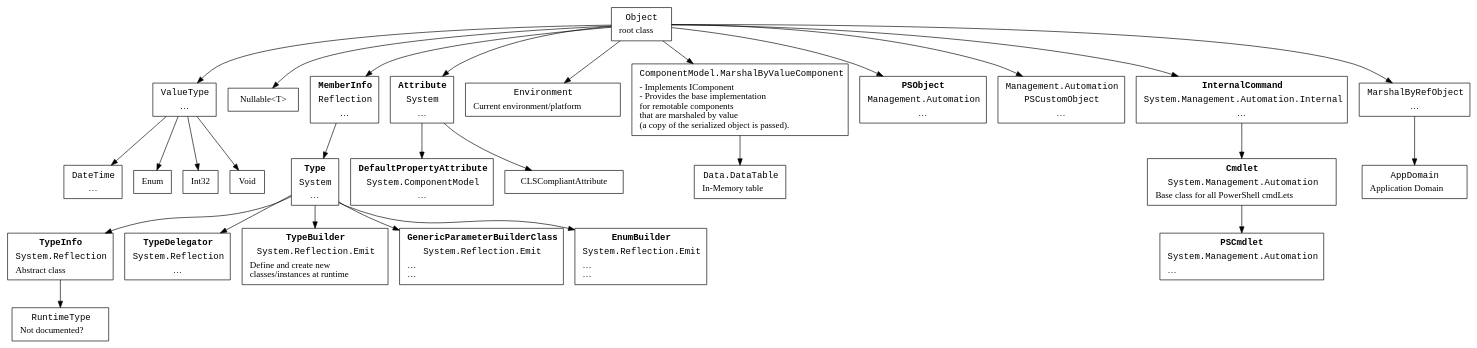
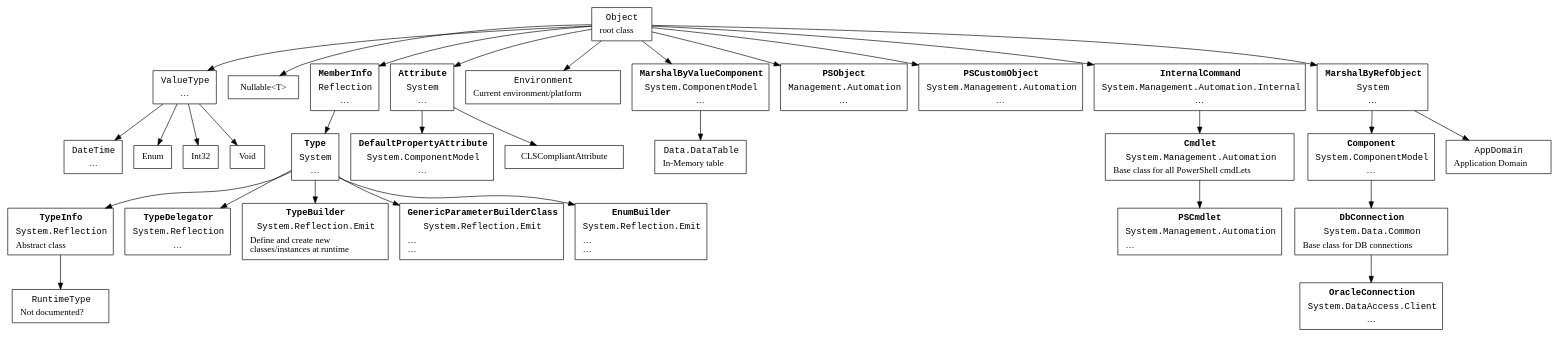
The diagram in namespaces/hierarchy.dot (ReneNyffenegger/temp-dotNet), drawn with Graphviz before and after one commit.

```diff
--- a/namespaces/hierarchy.dot
+++ b/namespaces/hierarchy.dot
@@ -1,156 +1,188 @@
 digraph hierarchy {
 
     node [ shape=box ]
    
     System_Object[ label=< <table border="0"><tr><td align="text"><font face="Courier">Object</font></td></tr><tr><td align="text">root class<br align="left"/></td></tr></table> > ];
 
 
     System_ValueType [ label=< <table border="0"><tr><td align="text"><font face="Courier">ValueType</font></td></tr><tr><td>…</td></tr></table> > ];
     System_DateTime [ label=< <table border="0"><tr><td align="text"><font face="Courier">DateTime</font></td></tr><tr><td>…</td></tr></table> > ];
 
     System_Enum [ label = "Enum" ];
 
     System_Int32 [ label = "Int32" ];
 
     System_Void [ label = "Void" ];
 
     System_Nullable [ label = "Nullable<T>" ];
 
 //  System_Reflection_Memberinfo [ label = "Reflection.MemberInfo" ];
 
     System_Reflection_Memberinfo [ label=< <table border="0">
        <tr><td align="text"><font face="Courier"><b>MemberInfo</b></font></td></tr>
        <tr><td align="text"><font face="Courier">Reflection</font></td></tr>
        <tr><td>…</td></tr></table> > ];
 
     System_Reflection_TypeInfo [ label=< <table border="0">
        <tr><td align="text"><font face="Courier"><b>TypeInfo</b></font></td></tr>
        <tr><td><font face="Courier">System.Reflection</font></td></tr>
        <tr><td align="text">Abstract class<br align="left"/></td></tr></table> > ];
 
     System_Reflection_TypeDelegator [ label=< <table border="0">
        <tr><td align="text"><font face="Courier"><b>TypeDelegator</b></font></td></tr>
        <tr><td align="text"><font face="Courier">System.Reflection</font></td></tr>
        <tr><td>…</td></tr></table> > ];
 
     System_Reflection_Emit_TypeBuilder [ label=< <table border="0">
        <tr><td align="text"><font face="Courier"><b>TypeBuilder</b></font></td></tr>
        <tr><td align="text"><font face="Courier">System.Reflection.Emit</font></td></tr>
        <tr><td align="text">Define and create new<br align="left"/>classes/instances at runtime<br align="left"/></td></tr>
     </table> > ];
 
     System_Reflection_Emit_GenericTypeParameterBuilderClass [ label=< <table border="0">
        <tr><td align="text"><font face="Courier"><b>GenericParameterBuilderClass</b></font></td></tr>
        <tr><td align="text"><font face="Courier">System.Reflection.Emit</font></td></tr>
        <tr><td align="text">…<br align="left"/>…<br align="left"/></td></tr>
     </table> > ];
 
     System_Reflection_Emit_EnumBuilder [ label=< <table border="0">
        <tr><td align="text"><font face="Courier"><b>EnumBuilder</b></font></td></tr>
        <tr><td align="text"><font face="Courier">System.Reflection.Emit</font></td></tr>
        <tr><td align="text">…<br align="left"/>…<br align="left"/></td></tr>
     </table> > ];
 
     System_Type [ label=< <table border="0">
        <tr><td align="text"><font face="Courier"><b>Type</b></font></td></tr>
        <tr><td align="text"><font face="Courier">System</font></td></tr>
        <tr><td>…</td></tr></table> > ];
 
     System_Type -> System_Reflection_TypeInfo;
     System_Type -> System_Reflection_TypeDelegator;
     System_Type -> System_Reflection_Emit_TypeBuilder;
     System_Type -> System_Reflection_Emit_GenericTypeParameterBuilderClass;
     System_Type -> System_Reflection_Emit_EnumBuilder;
 
     System_Object -> System_ValueType;
 
     System_Object -> System_Nullable;
 
 //  System_Attribute [ label=< <table border="0"><tr><td align="text"><font face="Courier">System.Attribute</font></td></tr><tr><td>…</td></tr></table> > ];
     System_Attribute [ label=< <table border="0">
        <tr><td align="text"><font face="Courier"><b>Attribute</b></font></td></tr>
        <tr><td align="text"><font face="Courier">System</font></td></tr>
        <tr><td>…</td></tr></table> > ];
 
 //  System_DefaultPropertyAttribute [ label=< <table border="0"><tr><td align="text"><font face="Courier">ComponentModel.DefaultPropertyAttribute</font></td></tr><tr><td>…</td></tr></table> > ];
     System_DefaultPropertyAttribute [ label=< <table border="0">
        <tr><td align="text"><font face="Courier"><b>DefaultPropertyAttribute</b></font></td></tr>
        <tr><td align="text"><font face="Courier">System.ComponentModel</font></td></tr>
        <tr><td>…</td></tr></table> > ];
 
     System_Environment [ label=< <table border="0"><tr><td align="text"><font face="Courier">Environment</font></td></tr><tr><td>Current environment/platform</td></tr></table> > ];
 
     System_Data_DataTable[ label=< <table border="0"><tr><td align="text"><font face="Courier">Data.DataTable</font></td></tr><tr><td align="text">In-Memory table<br align="left"/></td></tr></table> > ];
 
     System_ComponentModel_MarshalByValueComponent-> System_Data_DataTable;
 
     System_Management_Automation_PSObject [ label=< <table border="0">
        <tr><td align="text"><font face="Courier"><b>PSObject</b></font></td></tr>
        <tr><td align="text"><font face="Courier">Management.Automation</font></td></tr>
        <tr><td>…</td></tr></table> > ];
 
-    System_Management_Automation_PSCusteomObject [ label=< <table border="0">
-       <tr><td align="text"><font face="Courier">Management.Automation</font></td></tr>
-       <tr><td align="text"><font face="Courier">PSCustomObject</font></td></tr>
+    System_Management_Automation_PSCustomObject [ label=< <table border="0">
+       <tr><td align="text"><font face="Courier"><b>PSCustomObject</b></font></td></tr>
+       <tr><td align="text"><font face="Courier">System.Management.Automation</font></td></tr>
        <tr><td>…</td></tr></table> > ];
 
-    System_ComponentModel_MarshalByValueComponent[ label=< <table border="0"><tr><td align="text"><font face="Courier">ComponentModel.MarshalByValueComponent</font></td></tr><tr><td align="text">- Implements IComponent<br align="left"/>- Provides the base implementation<br align="left"/>for remotable components<br align="left"/>that are marshaled by value <br align="left"/>(a copy of the serialized object is passed).<br align="left"/></td></tr></table> > ];
+//  System_Management_Automation_PSCustomObject [ label=< <table border="0">
+//     <tr><td align="text"><font face="Courier">Management.Automation</font></td></tr>
+//     <tr><td align="text"><font face="Courier">PSCustomObject</font></td></tr>
+//     <tr><td>…</td></tr></table> > ];
+
+//  System_ComponentModel_MarshalByValueComponent[ label=< <table border="0"><tr><td align="text"><font face="Courier">ComponentModel.MarshalByValueComponent</font></td></tr><tr><td align="text">- Implements IComponent<br align="left"/>- Provides the base implementation<br align="left"/>for remotable components<br align="left"/>that are marshaled by value <br align="left"/>(a copy of the serialized object is passed).<br align="left"/></td></tr></table> > ];
+    System_ComponentModel_MarshalByValueComponent [ label=< <table border="0">
+       <tr><td align="text"><font face="Courier"><b>MarshalByValueComponent</b></font></td></tr>
+       <tr><td align="text"><font face="Courier">System.ComponentModel</font></td></tr>
+       <tr><td>…</td></tr></table> > ];
+
+    System_ComponentModel_Component [ label=< <table border="0">
+       <tr><td align="text"><font face="Courier"><b>Component</b></font></td></tr>
+       <tr><td align="text"><font face="Courier">System.ComponentModel</font></td></tr>
+       <tr><td>…</td></tr></table> > ];
+
+    System_Data_Common_DbConnection [ label=< <table border="0">
+       <tr><td align="text"><font face="Courier"><b>DbConnection</b></font></td></tr>
+       <tr><td align="text"><font face="Courier">System.Data.Common</font></td></tr>
+       <tr><td>Base class for DB connections</td></tr></table> > ];
+
+    Oracle_DataAccess_Client_OracleConnection [ label=< <table border="0">
+       <tr><td align="text"><font face="Courier"><b>OracleConnection</b></font></td></tr>
+       <tr><td align="text"><font face="Courier">System.DataAccess.Client</font></td></tr>
+       <tr><td>…</td></tr></table> > ];
 
     System_Management_Automation_Cmdlet [ label=< <table border="0">
        <tr><td align="text"><font face="Courier"><b>Cmdlet</b></font></td></tr>
        <tr><td align="text"><font face="Courier">System.Management.Automation</font></td></tr>
        <tr><td align="text">Base class for all PowerShell cmdLets<br align="left"/></td></tr></table> > ];
 
     System_Management_Automation_PSCmdlet [ label=< <table border="0">
        <tr><td align="text"><font face="Courier"><b>PSCmdlet</b></font></td></tr>
        <tr><td align="text"><font face="Courier">System.Management.Automation</font></td></tr>
        <tr><td align="text">…<br align="left"/></td></tr></table> > ];
 
     System_Management_Automation_Internal_InternalCommand [ label=< <table border="0">
        <tr><td align="text"><font face="Courier"><b>InternalCommand</b></font></td></tr>
        <tr><td align="text"><font face="Courier">System.Management.Automation.Internal</font></td></tr>
        <tr><td>…</td></tr></table> > ];
 
-     System_MarshalByRefObject [ label=< <table border="0">
-                             <tr><td align="text"><font face="Courier">MarshalByRefObject</font></td></tr>
-                             <tr><td>…</td></tr></table> > ];
+    System_MarshalByRefObject [ label=< <table border="0">
+       <tr><td align="text"><font face="Courier"><b>MarshalByRefObject</b></font></td></tr>
+       <tr><td align="text"><font face="Courier">System</font></td></tr>
+       <tr><td>…</td></tr></table> > ];
+//   System_MarshalByRefObject [ label=< <table border="0">
+//                           <tr><td align="text"><font face="Courier">MarshalByRefObject</font></td></tr>
+//                           <tr><td>…</td></tr></table> > ];
 
      System_AppDomain [ label=< <table border="0">
                              <tr><td align="text"><font face="Courier">AppDomain</font></td></tr>
                              <tr><td>Application Domain</td></tr></table> > ];
 
     System_CLSCompliantAttribute [ label = "CLSCompliantAttribute" ];
 
     System_ValueType -> System_Enum;
     System_ValueType -> System_DateTime;
 
     System_ValueType -> System_Int32;
 
     System_ValueType -> System_Void;
 
     System_Object -> System_Reflection_Memberinfo;
     System_Object -> System_Environment;
 
     System_Object -> System_Attribute;
 
     System_Attribute -> System_CLSCompliantAttribute;
     System_Attribute -> System_DefaultPropertyAttribute;
 
     System_Reflection_Memberinfo -> System_Type;
 
     System_RuntimeType [ label=< <table border="0"><tr><td align="text"><font face="Courier">RuntimeType</font></td></tr><tr><td>Not documented?</td></tr></table> > ];
     System_Reflection_TypeInfo -> System_RuntimeType;
 
     System_Object -> System_ComponentModel_MarshalByValueComponent;
 
     System_Object -> System_Management_Automation_PSObject;
-    System_Object -> System_Management_Automation_PSCusteomObject;
+    System_Object -> System_Management_Automation_PSCustomObject;
 
 
    System_Object -> System_MarshalByRefObject;
    System_MarshalByRefObject -> System_AppDomain;
 
    System_Object -> System_Management_Automation_Internal_InternalCommand
    System_Management_Automation_Internal_InternalCommand -> System_Management_Automation_Cmdlet
    System_Management_Automation_Cmdlet -> System_Management_Automation_PSCmdlet
+
+   System_MarshalByRefObject -> System_ComponentModel_Component
+   System_ComponentModel_Component -> System_Data_Common_DbConnection
+   System_Data_Common_DbConnection -> Oracle_DataAccess_Client_OracleConnection
 }
```
